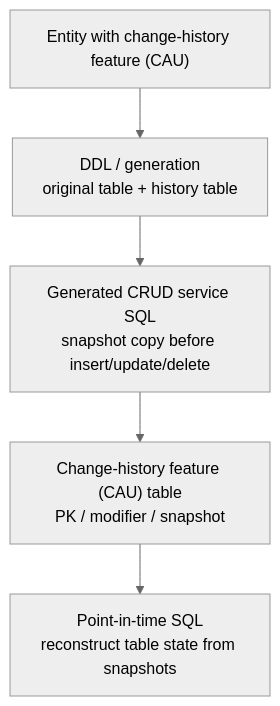
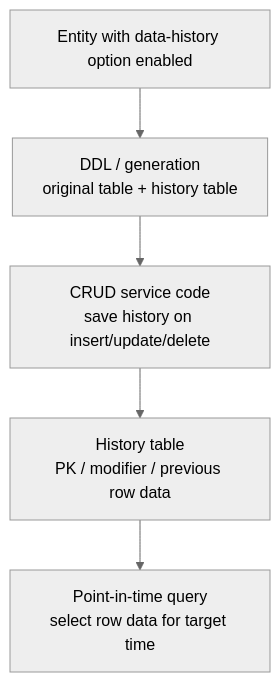
One commit to zmrdltl/portfolio changed the second of 2 diagrams in docs/experience/tmaxcloud.en.md. Above: the diagram before and after it, drawn with Mermaid (neutral theme). The commit also changed other lines of this file and 19 other files, not shown here.

````diff
--- a/docs/experience/tmaxcloud.en.md
+++ b/docs/experience/tmaxcloud.en.md
@@ -45,13 +46,13 @@
 ```mermaid
 flowchart TD
-  entity["Entity with change-history feature (CAU)"]
+  entity["Entity with data-history option enabled"]
   ddl["DDL / generation\noriginal table + history table"]
-  crud["Generated CRUD service SQL\nsnapshot copy before insert/update/delete"]
-  history["Change-history feature (CAU) table\nPK / modifier / snapshot"]
-  restore["Point-in-time SQL\nreconstruct table state from snapshots"]
+  crud["CRUD service code\nsave history on insert/update/delete"]
+  history["History table\nPK / modifier / previous row data"]
+  restore["Point-in-time query\nselect row data for target time"]
 
   entity --> ddl
   ddl --> crud
   crud --> history
   history --> restore
 ```
````
